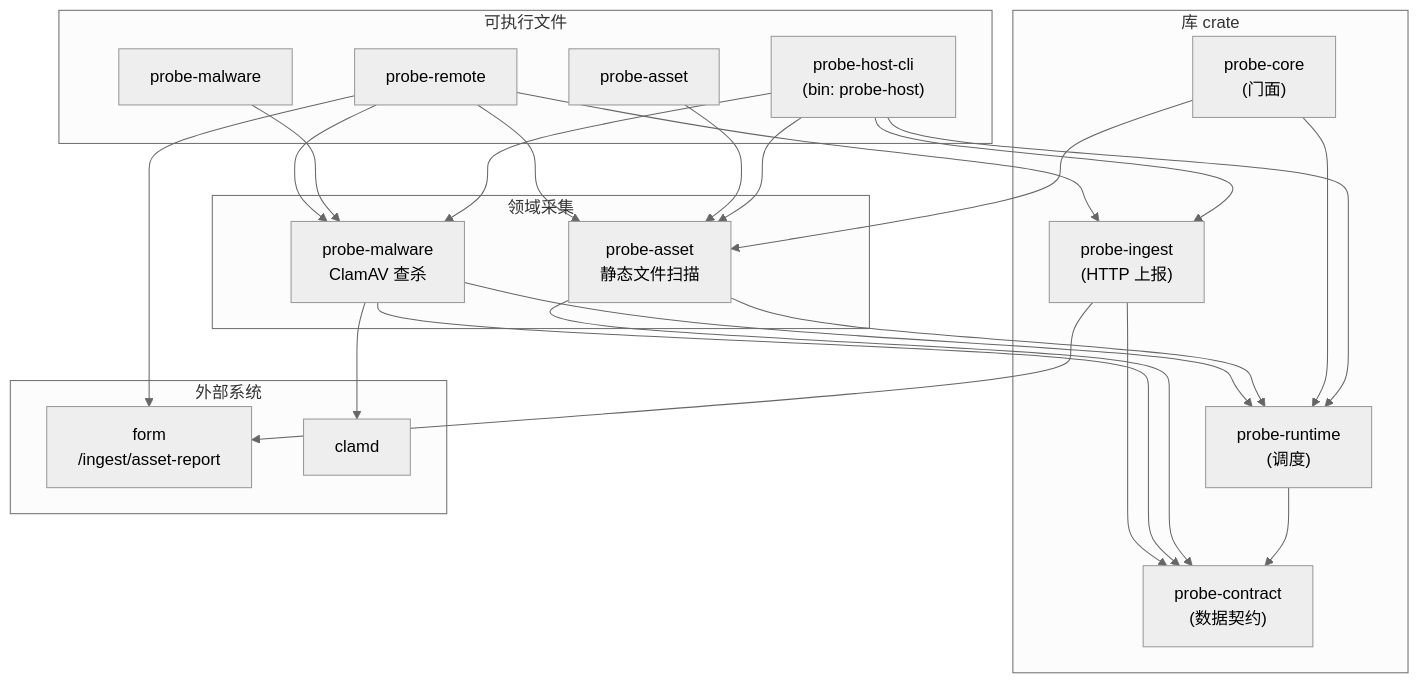
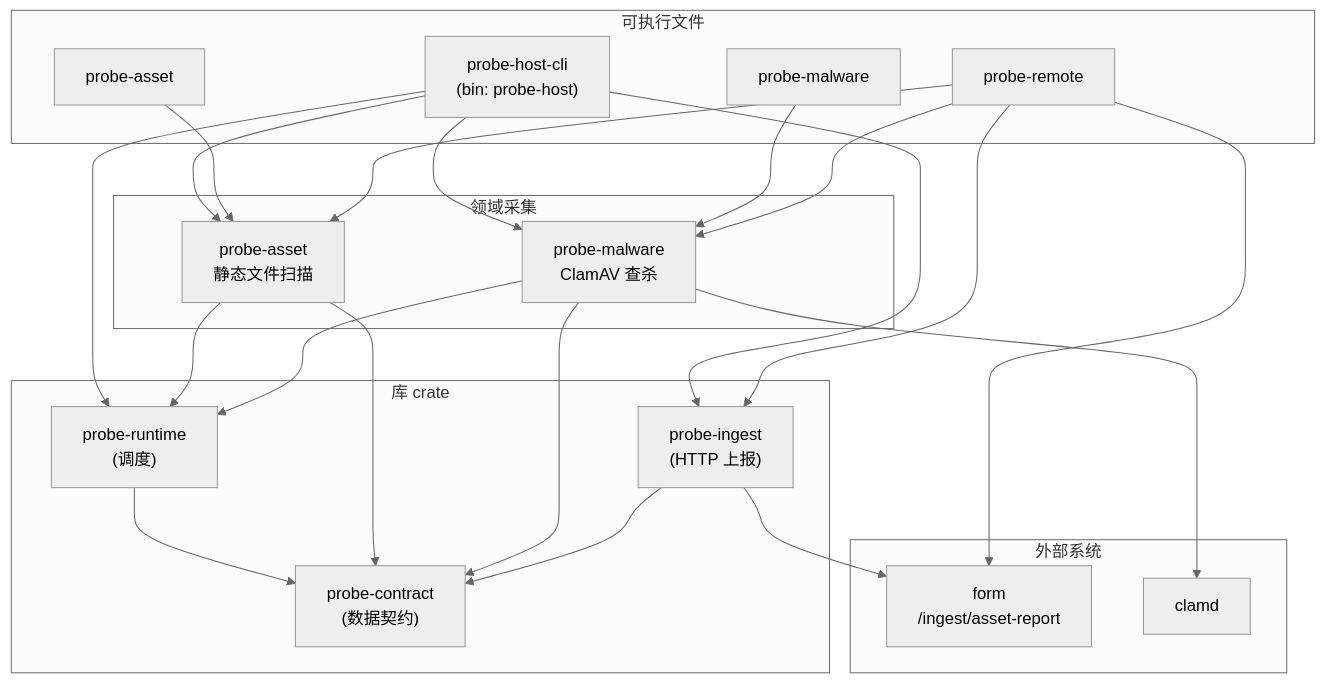
One commit to jinziyou/kcatta changed the first of 2 diagrams in probe/docs/ARCHITECTURE.md. Above: the diagram before and after it, drawn with Mermaid (neutral theme). The commit also changed other lines of this file and 10 other files, not shown here.

First line of the commit message:
refactor(probe): remove unused probe-core facade crate

````diff
--- a/probe/docs/ARCHITECTURE.md
+++ b/probe/docs/ARCHITECTURE.md
@@ -50,49 +50,46 @@
 ```mermaid
 flowchart TB
     subgraph binaries["可执行文件"]
         CLI["probe-host-cli<br/>(bin: probe-host)"]
         ASSET["probe-asset"]
         MAL["probe-malware"]
         REM["probe-remote"]
     end
 
     subgraph libs["库 crate"]
-        CORE["probe-core<br/>(门面)"]
         RT["probe-runtime<br/>(调度)"]
         CONTRACT["probe-contract<br/>(数据契约)"]
         INGEST["probe-ingest<br/>(HTTP 上报)"]
     end
 
     subgraph domain["领域采集"]
         A["probe-asset<br/>静态文件扫描"]
         M["probe-malware<br/>ClamAV 查杀"]
     end
 
     subgraph external["外部系统"]
         FORM["form<br/>/ingest/asset-report"]
         CLAMD["clamd"]
     end
 
     CLI --> RT
     CLI --> A
     CLI --> M
     CLI --> INGEST
     ASSET --> A
     MAL --> M
     REM --> A
     REM --> M
     REM --> INGEST
 
-    CORE --> RT
-    CORE --> A
     RT --> CONTRACT
     A --> RT
     A --> CONTRACT
     M --> RT
     M --> CONTRACT
     INGEST --> CONTRACT
 
     M --> CLAMD
     INGEST --> FORM
     REM --> FORM
 ```
````
